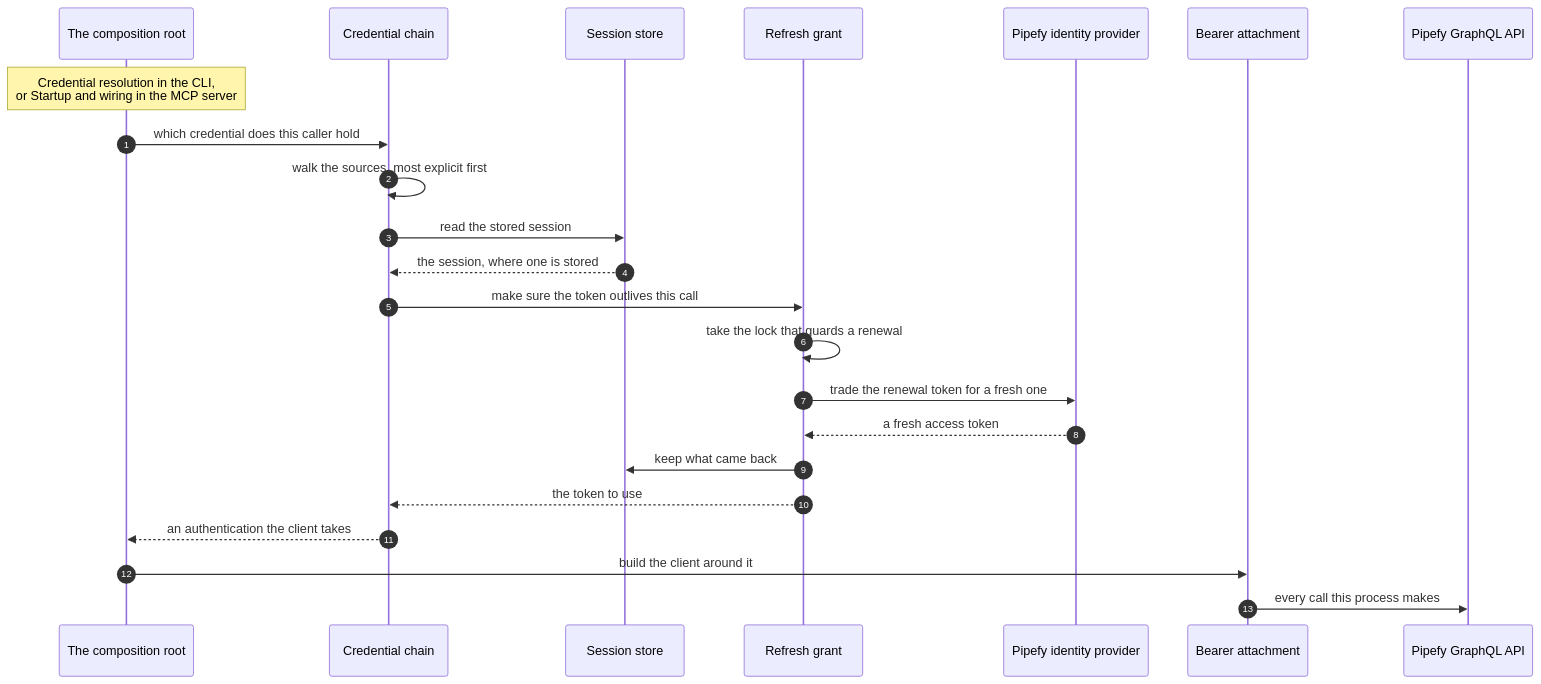
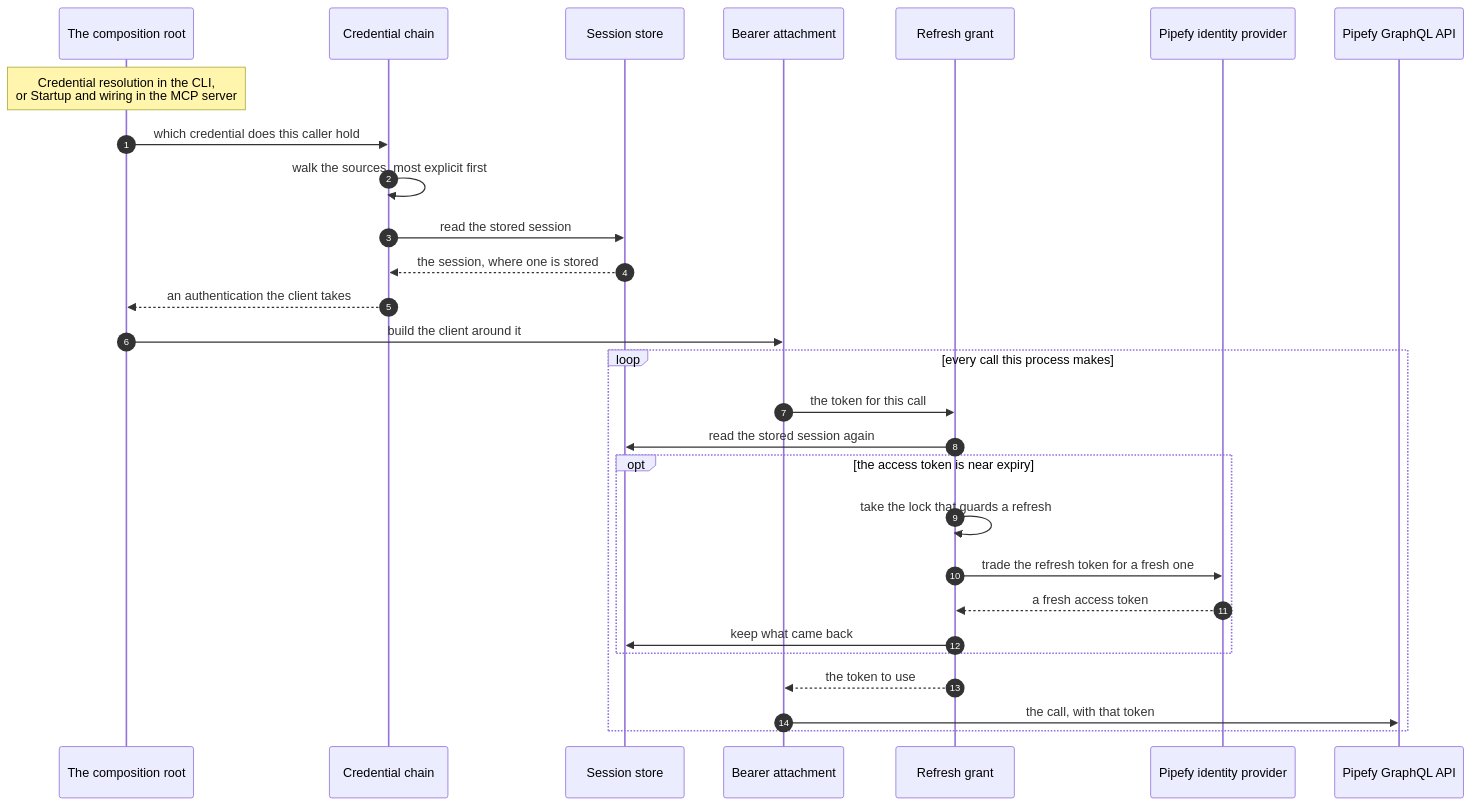
One commit to pipefy/ai-toolkit changed the eighth of 11 diagrams in docs/contributing/architecture.md. Above: the diagram before and after it, drawn with Mermaid. The commit also changed other lines of this file, not shown here.

Commit message:
docs: draw the token refresh per call in the resolution diagram

````diff
--- a/docs/contributing/architecture.md
+++ b/docs/contributing/architecture.md
@@ -479,26 +479,31 @@
 ```mermaid
 sequenceDiagram
     autonumber
     participant Entry as The composition root
     participant Chain as Credential chain
     participant Store as Session store
+    participant Attach as Bearer attachment
     participant Refresh as Refresh grant
     participant Idp as Pipefy identity provider
-    participant Attach as Bearer attachment
     participant Api as Pipefy GraphQL API
 
     Note over Entry: Credential resolution in the CLI,<br/>or Startup and wiring in the MCP server
     Entry->>Chain: which credential does this caller hold
     Chain->>Chain: walk the sources, most explicit first
     Chain->>Store: read the stored session
     Store-->>Chain: the session, where one is stored
-    Chain->>Refresh: make sure the token outlives this call
-    Refresh->>Refresh: take the lock that guards a renewal
-    Refresh->>Idp: trade the renewal token for a fresh one
-    Idp-->>Refresh: a fresh access token
-    Refresh->>Store: keep what came back
-    Refresh-->>Chain: the token to use
     Chain-->>Entry: an authentication the client takes
     Entry->>Attach: build the client around it
-    Attach->>Api: every call this process makes
+    loop every call this process makes
+        Attach->>Refresh: the token for this call
+        Refresh->>Store: read the stored session again
+        opt the access token is near expiry
+            Refresh->>Refresh: take the lock that guards a refresh
+            Refresh->>Idp: trade the refresh token for a fresh one
+            Idp-->>Refresh: a fresh access token
+            Refresh->>Store: keep what came back
+        end
+        Refresh-->>Attach: the token to use
+        Attach->>Api: the call, with that token
+    end
 ```
````
